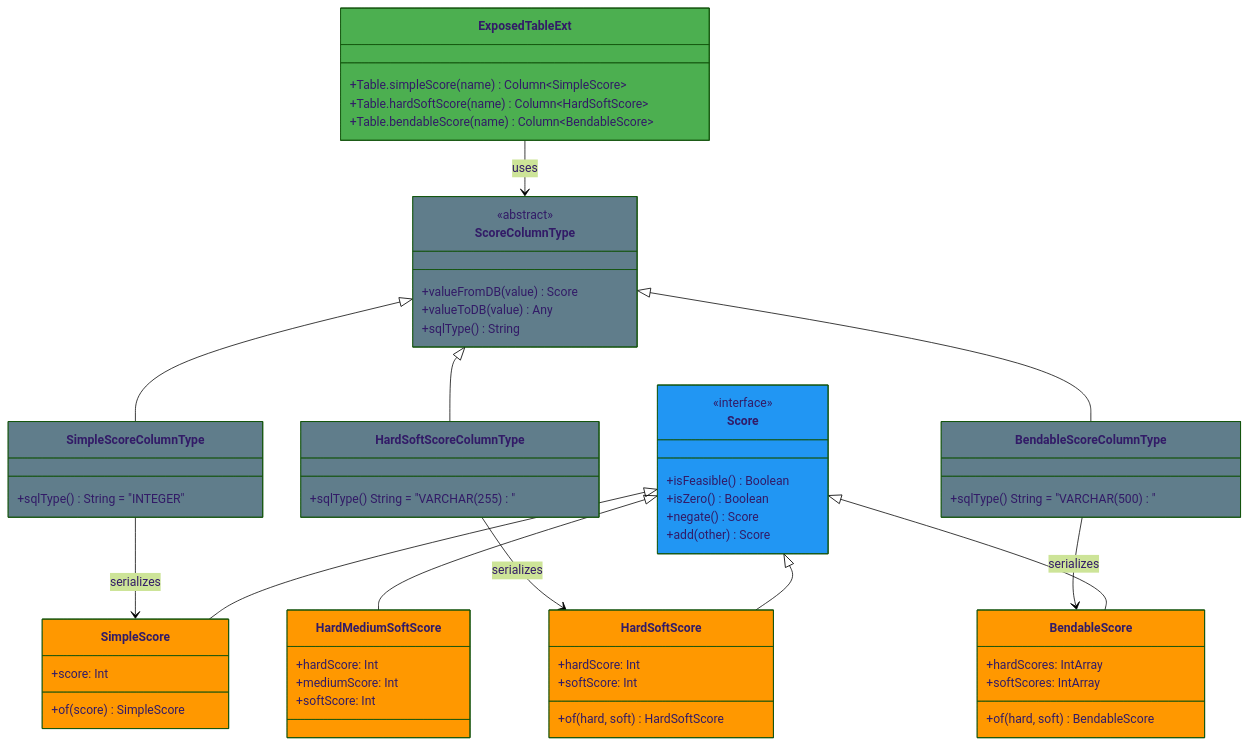
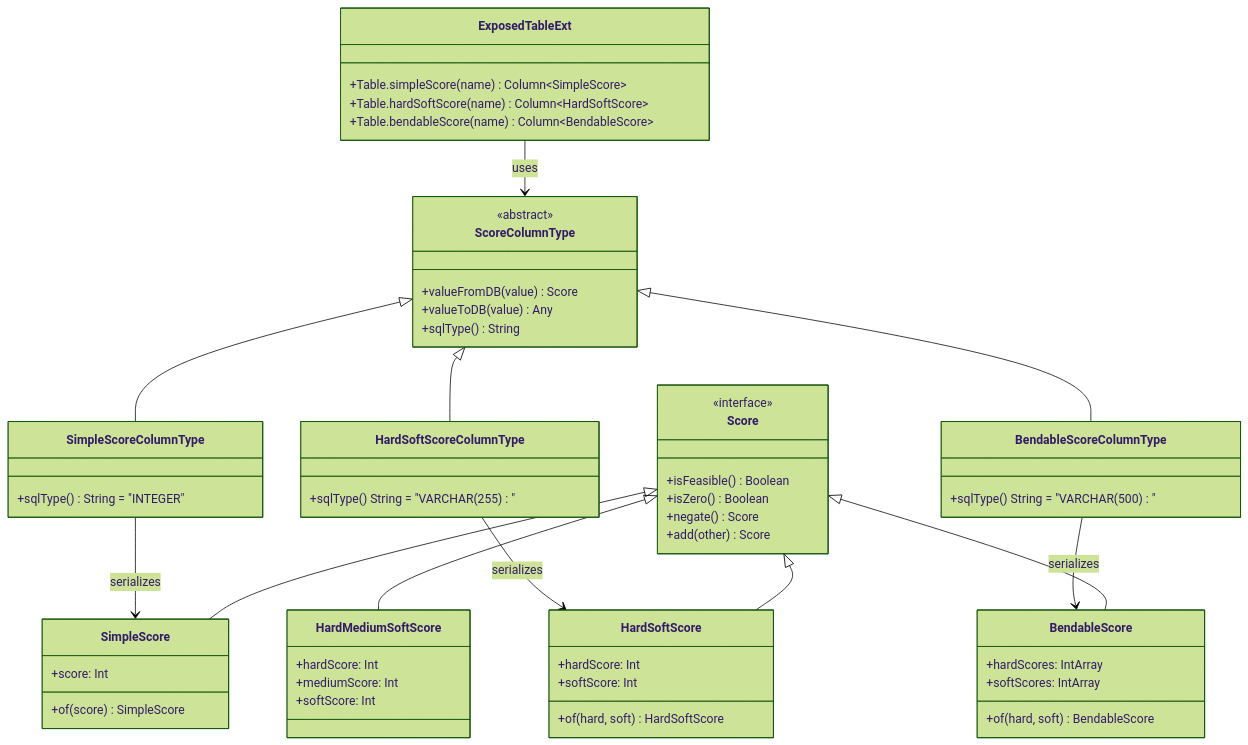
Before and after one commit to bluetape4k/bluetape4k-projects: the first of 3 diagrams in timefold/solver-persistence-exposed/README.md, drawn with Mermaid (forest theme). The commit also changed other lines of this file and 95 other files, not shown here.

First line of the commit message:
docs: Mermaid 파서 오류 전체 수정 (IntelliJ IDEA 호환)

````diff
--- a/timefold/solver-persistence-exposed/README.md
+++ b/timefold/solver-persistence-exposed/README.md
@@ -251,66 +251,62 @@
 ```mermaid
 classDiagram
-    class Score:::utilStyle {
+    class Score {
         <<interface>>
         +isFeasible() Boolean
         +isZero() Boolean
         +negate() Score
         +add(other) Score
     }
-    class SimpleScore:::modelStyle {
+    class SimpleScore {
         +score: Int
         +of(score) SimpleScore
     }
-    class HardSoftScore:::modelStyle {
+    class HardSoftScore {
         +hardScore: Int
         +softScore: Int
         +of(hard, soft) HardSoftScore
     }
-    class HardMediumSoftScore:::modelStyle {
+    class HardMediumSoftScore {
         +hardScore: Int
         +mediumScore: Int
         +softScore: Int
     }
-    class BendableScore:::modelStyle {
+    class BendableScore {
         +hardScores: IntArray
         +softScores: IntArray
         +of(hard, soft) BendableScore
     }
-    class ScoreColumnType:::infraStyle {
+    class ScoreColumnType {
         <<abstract>>
         +valueFromDB(value) Score
         +valueToDB(value) Any
         +sqlType() String
     }
-    class SimpleScoreColumnType:::infraStyle {
+    class SimpleScoreColumnType {
         +sqlType() String = "INTEGER"
     }
-    class HardSoftScoreColumnType:::infraStyle {
+    class HardSoftScoreColumnType {
         +sqlType() String = "VARCHAR(255)"
     }
-    class BendableScoreColumnType:::infraStyle {
+    class BendableScoreColumnType {
         +sqlType() String = "VARCHAR(500)"
     }
-    class ExposedTableExt:::serviceStyle {
+    class ExposedTableExt {
         +Table.simpleScore(name) Column~SimpleScore~
         +Table.hardSoftScore(name) Column~HardSoftScore~
         +Table.bendableScore(name) Column~BendableScore~
     }
 
     Score <|-- SimpleScore
     Score <|-- HardSoftScore
     Score <|-- HardMediumSoftScore
     Score <|-- BendableScore
     ScoreColumnType <|-- SimpleScoreColumnType
     ScoreColumnType <|-- HardSoftScoreColumnType
     ScoreColumnType <|-- BendableScoreColumnType
     ExposedTableExt --> ScoreColumnType : uses
     SimpleScoreColumnType --> SimpleScore : serializes
     HardSoftScoreColumnType --> HardSoftScore : serializes
     BendableScoreColumnType --> BendableScore : serializes
 
-    classDef utilStyle    fill:#2196F3
-    classDef serviceStyle fill:#4CAF50
-    classDef modelStyle   fill:#FF9800
-    classDef infraStyle   fill:#607D8B
 ```
````
